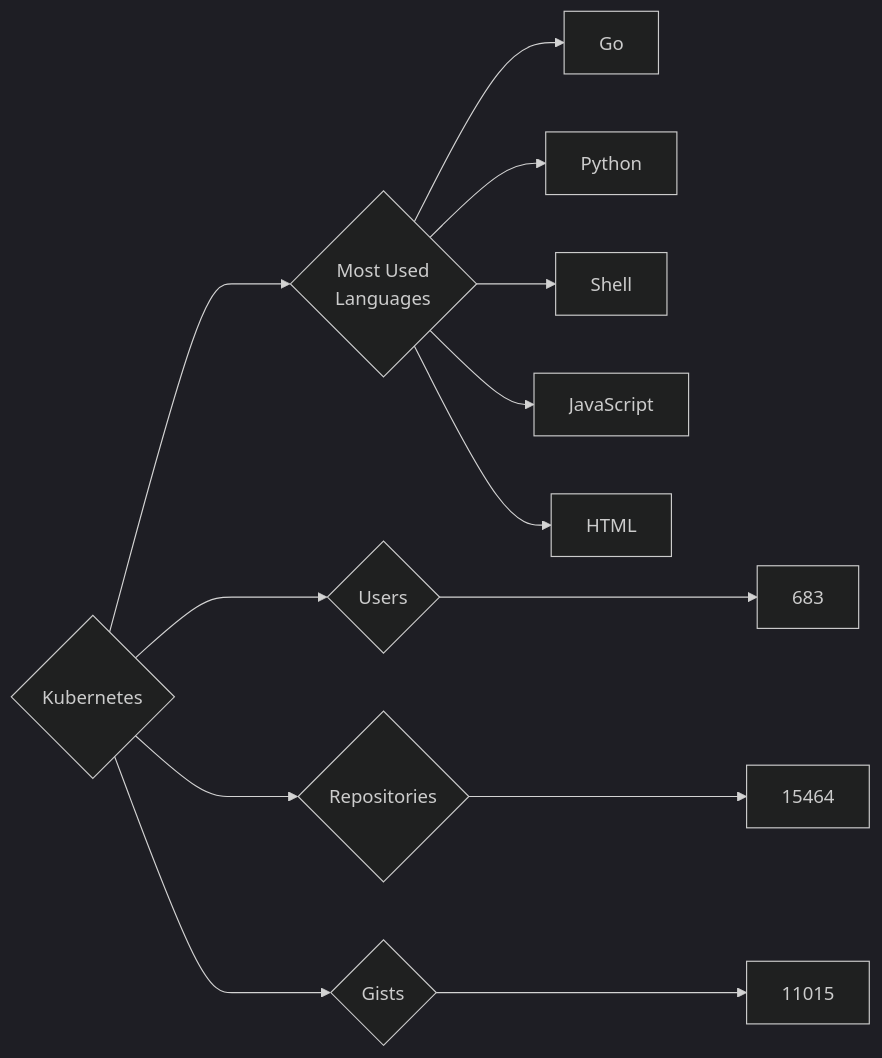
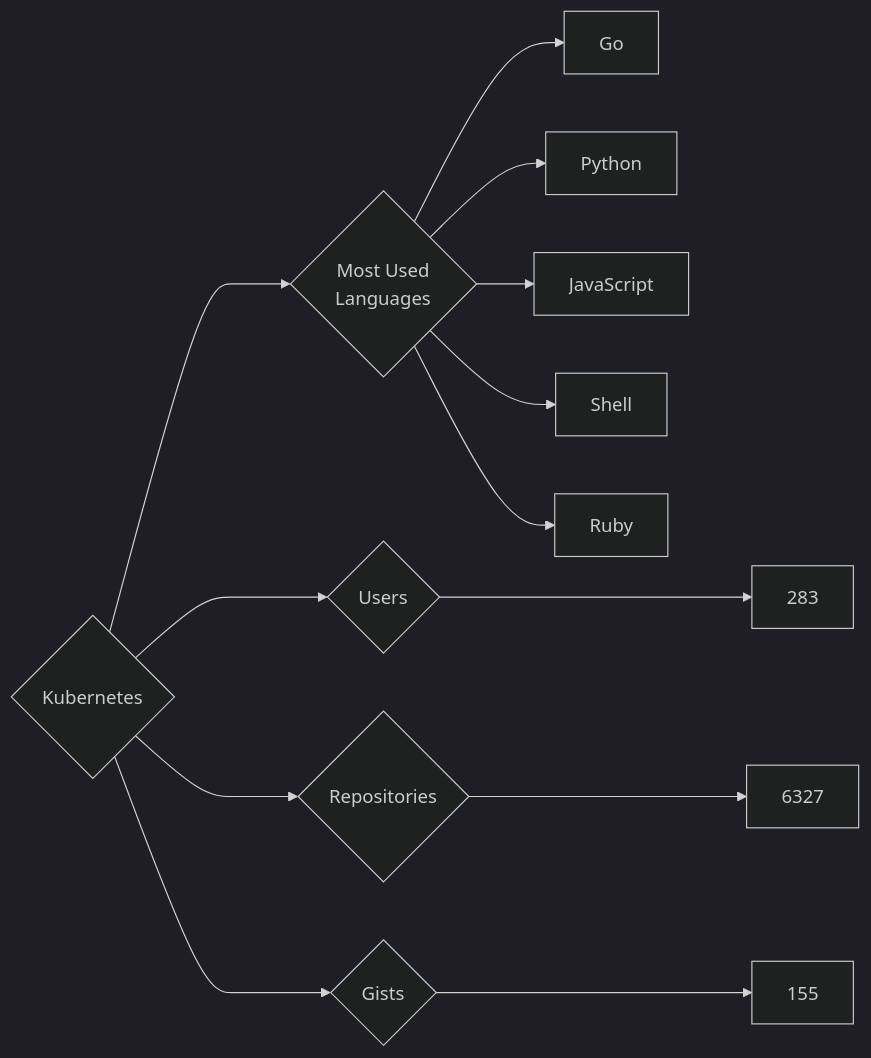
The diagram in targets/Kubernetes/README.md (trickest/insiders), drawn with Mermaid (dark theme) before and after one commit. The commit also changed 826 other files, not shown here.

````diff
--- a/targets/Kubernetes/README.md
+++ b/targets/Kubernetes/README.md
@@ -3,13 +3,13 @@
 ```mermaid
 graph LR
 COMPANY_NAME{Kubernetes}
-COMPANY_NAME ---> U{Users} ---> UN[683]
-COMPANY_NAME ---> R{Repositories} ---> RN[15464]
-COMPANY_NAME ---> G{Gists} ---> GN[11015]
+COMPANY_NAME ---> U{Users} ---> UN[283]
+COMPANY_NAME ---> R{Repositories} ---> RN[6327]
+COMPANY_NAME ---> G{Gists} ---> GN[155]
 COMPANY_NAME ---> ML{Most Used<br>Languages}
 ML --> Go[Go]
 ML --> Python[Python]
+ML --> JavaScript[JavaScript]
 ML --> Shell[Shell]
-ML --> JavaScript[JavaScript]
-ML --> HTML[HTML]
+ML --> Ruby[Ruby]
 ```
````
